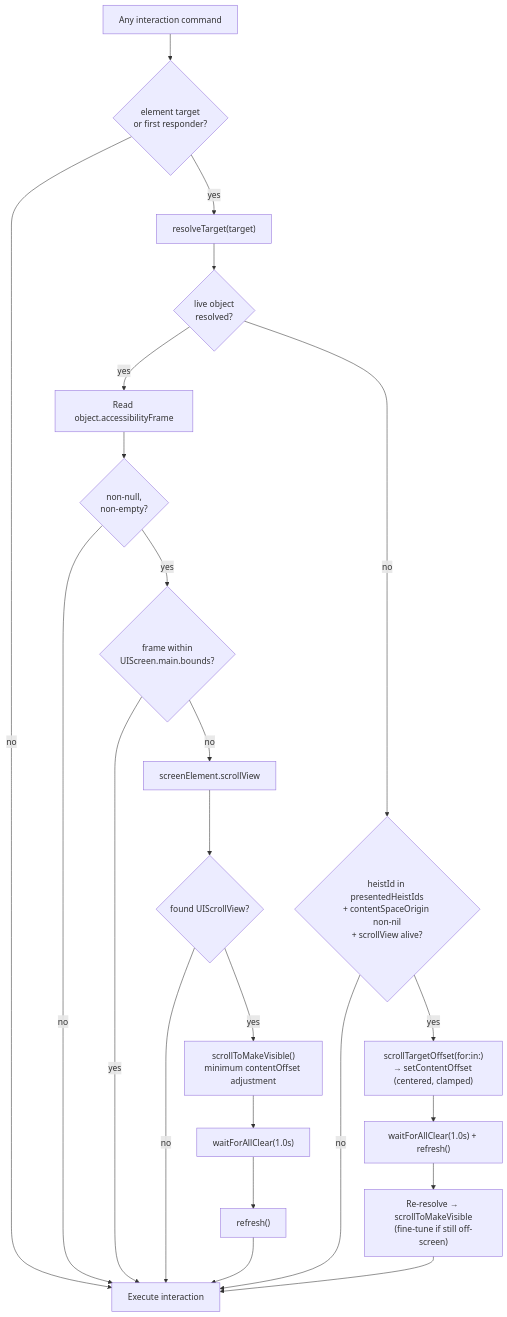
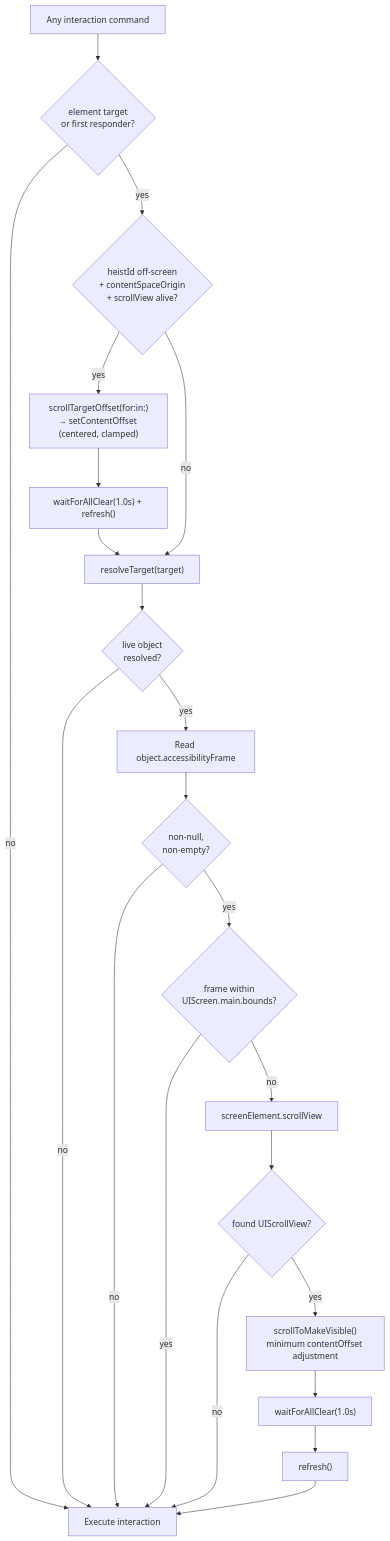
One commit to RoyalPineapple/TheButtonHeist changed the first of 2 diagrams in docs/dossiers/04a-SCROLLING.md. Above: the diagram before and after it, drawn with Mermaid. The commit also changed other lines of this file and 6 other files, not shown here.

````diff
--- a/docs/dossiers/04a-SCROLLING.md
+++ b/docs/dossiers/04a-SCROLLING.md
@@ -79,29 +77,28 @@
 ```mermaid
 flowchart TD
     Cmd["Any interaction command"]
     Cmd --> HasTarget{element target<br/>or first responder?}
     HasTarget -->|no| Execute["Execute interaction"]
-    HasTarget -->|yes| Resolve["resolveTarget(target)"]
+    HasTarget -->|yes| Coarse{"heistId off-screen<br/>+ contentSpaceOrigin<br/>+ scrollView alive?"}
 
-    Resolve --> Resolved{live object<br/>resolved?}
+    Coarse -->|yes| Jump["scrollTargetOffset(for:in:)<br/>→ setContentOffset (centered, clamped)"]
+    Jump --> Settle1["waitForAllClear(1.0s) + refresh()"]
+    Settle1 --> Fine
+
+    Coarse -->|no| Fine["resolveTarget(target)"]
+    Fine --> Resolved{live object<br/>resolved?}
+    Resolved -->|no| Execute
     Resolved -->|yes| Frame["Read object.accessibilityFrame"]
     Frame --> Valid{non-null,<br/>non-empty?}
     Valid -->|no| Execute
     Valid -->|yes| OnScreen{frame within<br/>UIScreen.main.bounds?}
     OnScreen -->|yes| Execute
 
     OnScreen -->|no| Walk["screenElement.scrollView"]
     Walk --> ScrollView{found UIScrollView?}
     ScrollView -->|no| Execute
     ScrollView -->|yes| Scroll["scrollToMakeVisible()<br/>minimum contentOffset adjustment"]
-    Scroll --> Settle["waitForAllClear(1.0s)"]
-    Settle --> Refresh["refresh()"]
+    Scroll --> Settle2["waitForAllClear(1.0s)"]
+    Settle2 --> Refresh["refresh()"]
     Refresh --> Execute
-
-    Resolved -->|no| FullScan{"heistId in presentedHeistIds<br/>+ contentSpaceOrigin non-nil<br/>+ scrollView alive?"}
-    FullScan -->|no| Execute
-    FullScan -->|yes| Jump["scrollTargetOffset(for:in:)<br/>→ setContentOffset (centered, clamped)"]
-    Jump --> Settle2["waitForAllClear(1.0s) + refresh()"]
-    Settle2 --> FineTune["Re-resolve → scrollToMakeVisible<br/>(fine-tune if still off-screen)"]
-    FineTune --> Execute
 ```
````
